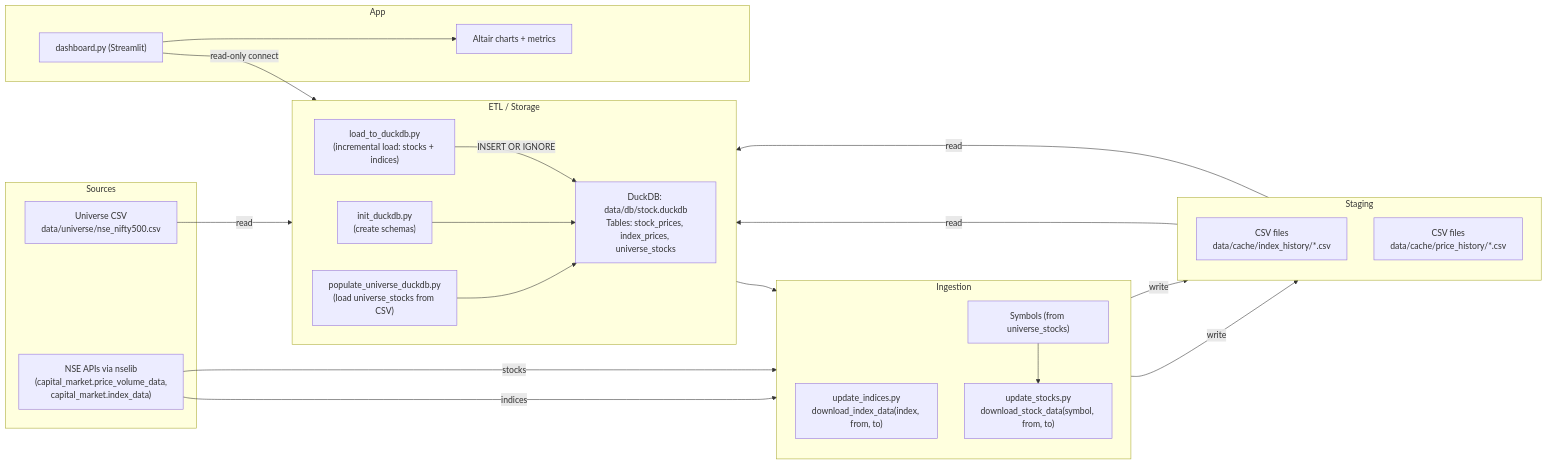
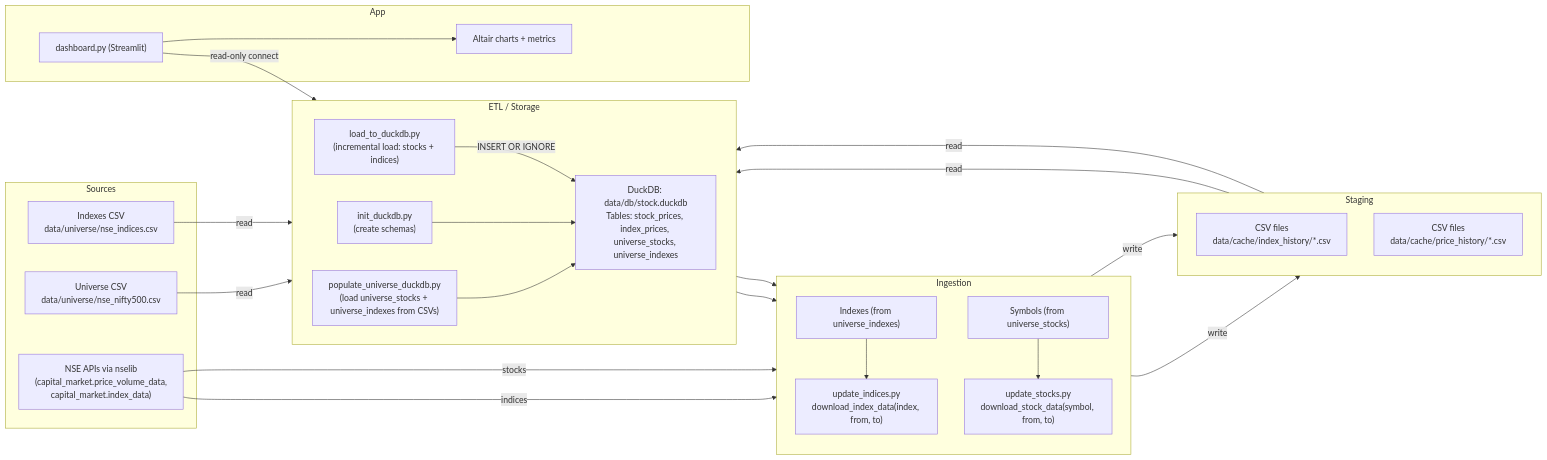
Before and after one commit to shayanrc/stockdash: the diagram in ARCHITECTURE.md, drawn with Mermaid. The commit also changed other lines of this file and 3 other files, not shown here.

Commit message:
Add index universe

````diff
--- a/ARCHITECTURE.md
+++ b/ARCHITECTURE.md
@@ -7,54 +7,59 @@
 ```mermaid
 graph LR
 
   subgraph Sources
     A["NSE APIs via nselib<br/>(capital_market.price_volume_data,<br/>capital_market.index_data)"]
     C0["Universe CSV<br/>data/universe/nse_nifty500.csv"]
+    C1IDX["Indexes CSV<br/>data/universe/nse_indices.csv"]
   end
 
   subgraph Ingestion
     direction TB
     B2["update_indices.py<br/>download_index_data(index, from, to)"]
     B1["update_stocks.py<br/>download_stock_data(symbol, from, to)"]
     H["Symbols (from universe_stocks)"]
+    H2["Indexes (from universe_indexes)"]
   end
 
   subgraph Staging
     direction TB
     C2["CSV files<br/>data/cache/index_history/*.csv"]
     C1["CSV files<br/>data/cache/price_history/*.csv"]
   end
 
   subgraph ETL / Storage
     direction LR
     D0["init_duckdb.py<br/>(create schemas)"]
-    D1["populate_universe_duckdb.py<br/>(load universe_stocks from CSV)"]
+    D1["populate_universe_duckdb.py<br/>(load universe_stocks + universe_indexes from CSVs)"]
     D2["load_to_duckdb.py<br/>(incremental load: stocks + indices)"]
-    E["DuckDB: data/db/stock.duckdb<br/>Tables: stock_prices, index_prices, universe_stocks"]
+    E["DuckDB: data/db/stock.duckdb<br/>Tables: stock_prices, index_prices, universe_stocks, universe_indexes"]
   end
 
   subgraph App
     F["dashboard.py (Streamlit)"]
     G["Altair charts + metrics"]
   end
 
   %% Flows
   A -->|indices| B2
   A -->|stocks| B1
   B2 -->|write| C2
   B1 -->|write| C1
   C2 -->|read| D2
   C1 -->|read| D2
   D2 -->|INSERT OR IGNORE| E
 
   C0 -->|read| D1
+  C1IDX -->|read| D1
   D0 --> E
   D1 --> E
 
   %% Universe symbols exposed near ingestion to avoid crossing blocks
   E --> H
   H --> B1
+  E --> H2
+  H2 --> B2
 
   F -->|read-only connect| E
   F --> G
 ```
````
